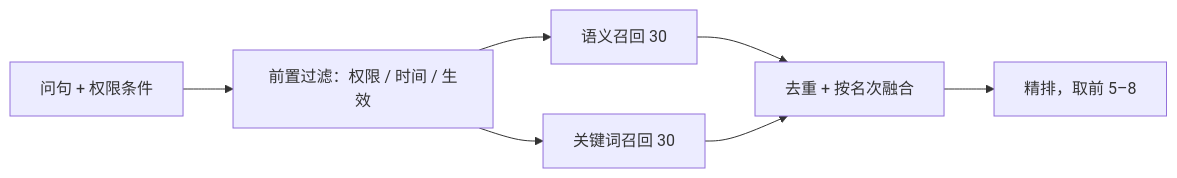
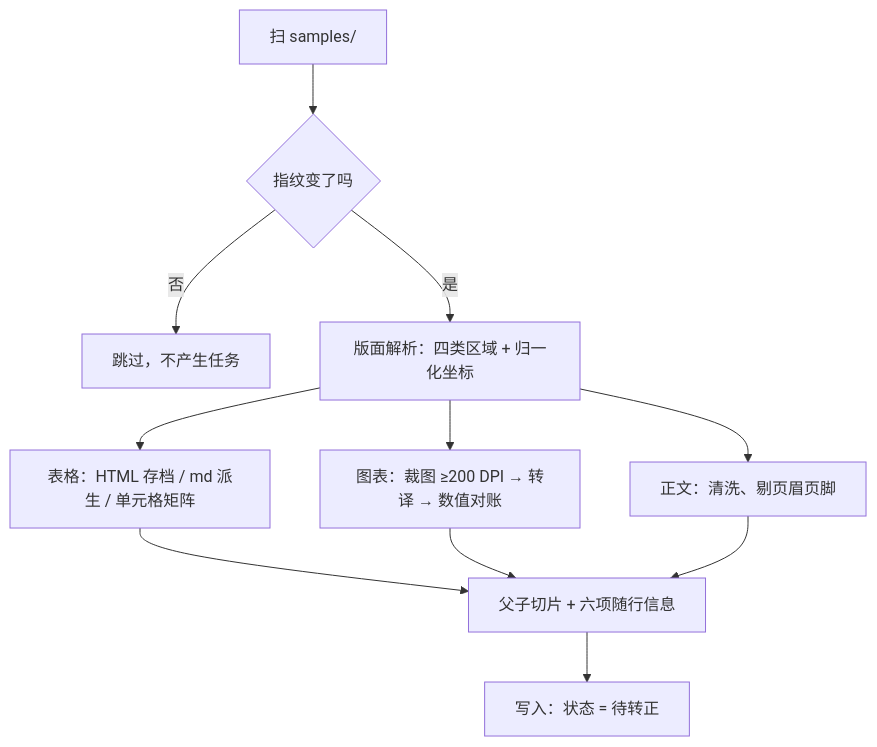
Before and after one commit to kvchen95/ai-rag: the fifth of 15 diagrams in 详细设计.md, drawn with Mermaid. The commit also changed other lines of this file, not shown here.

Commit message:
docs: 重写详细设计文档，按架构图集与概要设计细化

````diff
--- a/详细设计.md
+++ b/详细设计.md
@@ -322,9 +157,13 @@
 ```mermaid
-flowchart LR
-    Q["问句 + 权限条件"] --> F["前置过滤：权限 / 时间 / 生效"]
-    F --> D["语义召回 30"]
-    F --> K["关键词召回 30"]
-    D --> M["去重 + 按名次融合"]
-    K --> M
-    M --> R["精排，取前 5–8"]
+flowchart TD
+    S["扫 samples/"] --> H{"指纹变了吗"}
+    H -- 否 --> K["跳过，不产生任务"]
+    H -- 是 --> L["版面解析：四类区域 + 归一化坐标"]
+    L --> X["正文：清洗、剔页眉页脚"]
+    L --> T["表格：HTML 存档 / md 派生 / 单元格矩阵"]
+    L --> F["图表：裁图 ≥200 DPI → 转译 → 数值对账"]
+    T --> C["父子切片 + 六项随行信息"]
+    F --> C
+    X --> C
+    C --> P["写入：状态 = 待转正"]
 ```
````
